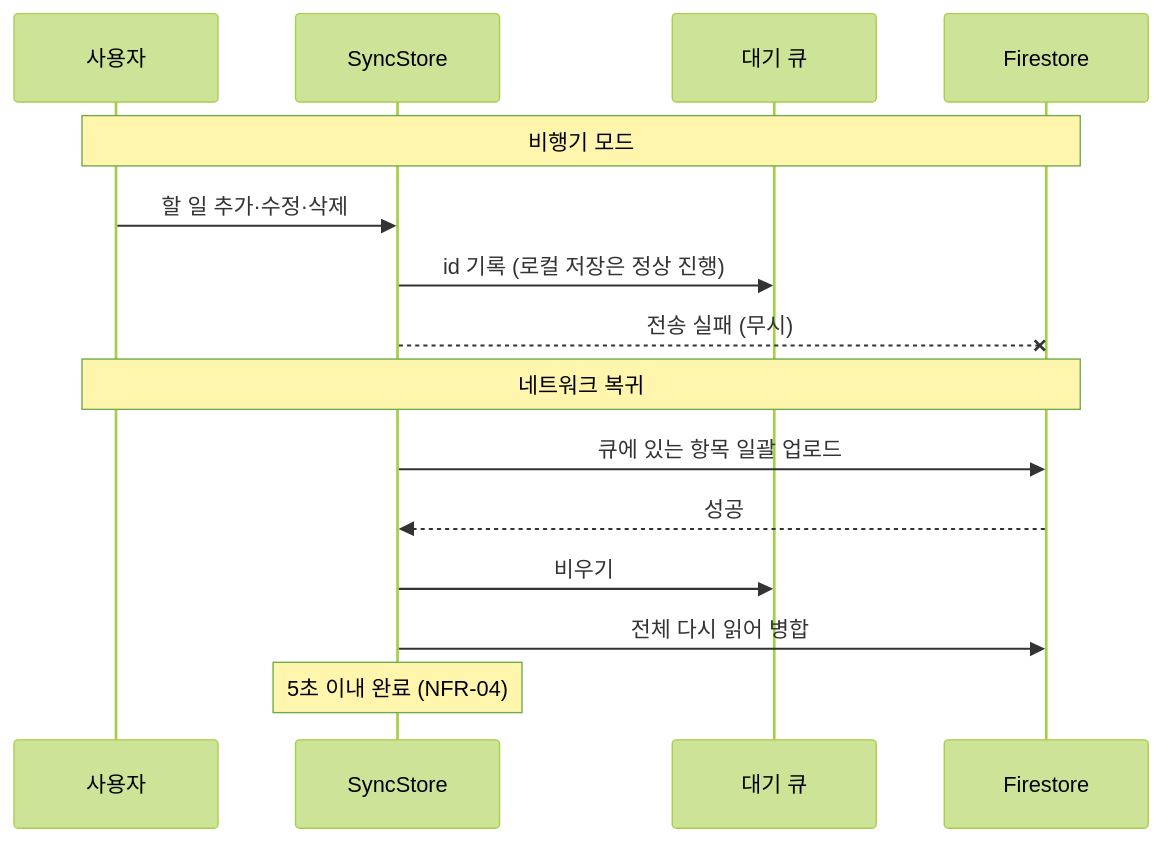
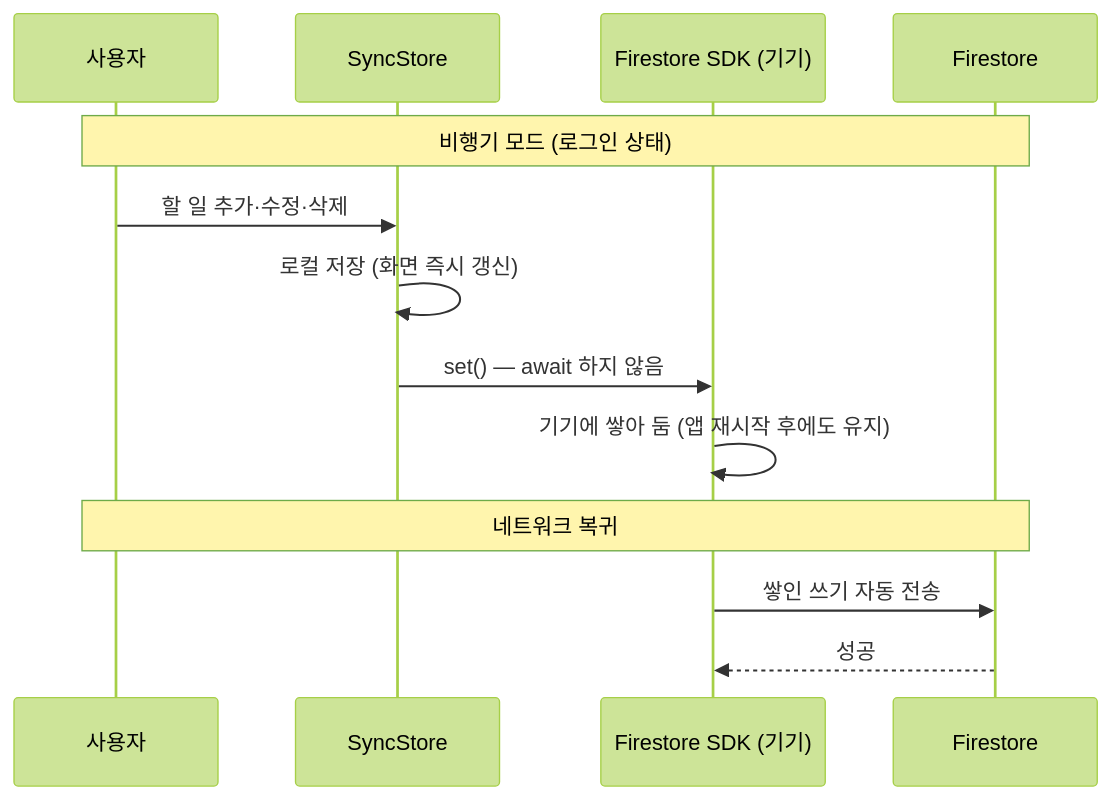
The sixth of 6 diagrams in heeil/docs/firebase.md (chohk1003/Keepy), drawn with Mermaid (forest theme) before and after one commit. The commit also changed other lines of this file and 10 other files, not shown here.

````diff
--- a/heeil/docs/firebase.md
+++ b/heeil/docs/firebase.md
@@ -168,19 +188,17 @@
 ```mermaid
 sequenceDiagram
     participant U as 사용자
     participant SS as SyncStore
-    participant Q as 대기 큐
+    participant SDK as Firestore SDK (기기)
     participant S as Firestore
 
-    Note over U,S: 비행기 모드
+    Note over U,S: 비행기 모드 (로그인 상태)
     U->>SS: 할 일 추가·수정·삭제
-    SS->>Q: id 기록 (로컬 저장은 정상 진행)
-    SS--xS: 전송 실패 (무시)
+    SS->>SS: 로컬 저장 (화면 즉시 갱신)
+    SS->>SDK: set() — await 하지 않음
+    SDK->>SDK: 기기에 쌓아 둠 (앱 재시작 후에도 유지)
 
     Note over U,S: 네트워크 복귀
-    SS->>S: 큐에 있는 항목 일괄 업로드
-    S-->>SS: 성공
-    SS->>Q: 비우기
-    SS->>S: 전체 다시 읽어 병합
-    Note over SS: 5초 이내 완료 (NFR-04)
+    SDK->>S: 쌓인 쓰기 자동 전송
+    S-->>SDK: 성공
 ```
````
